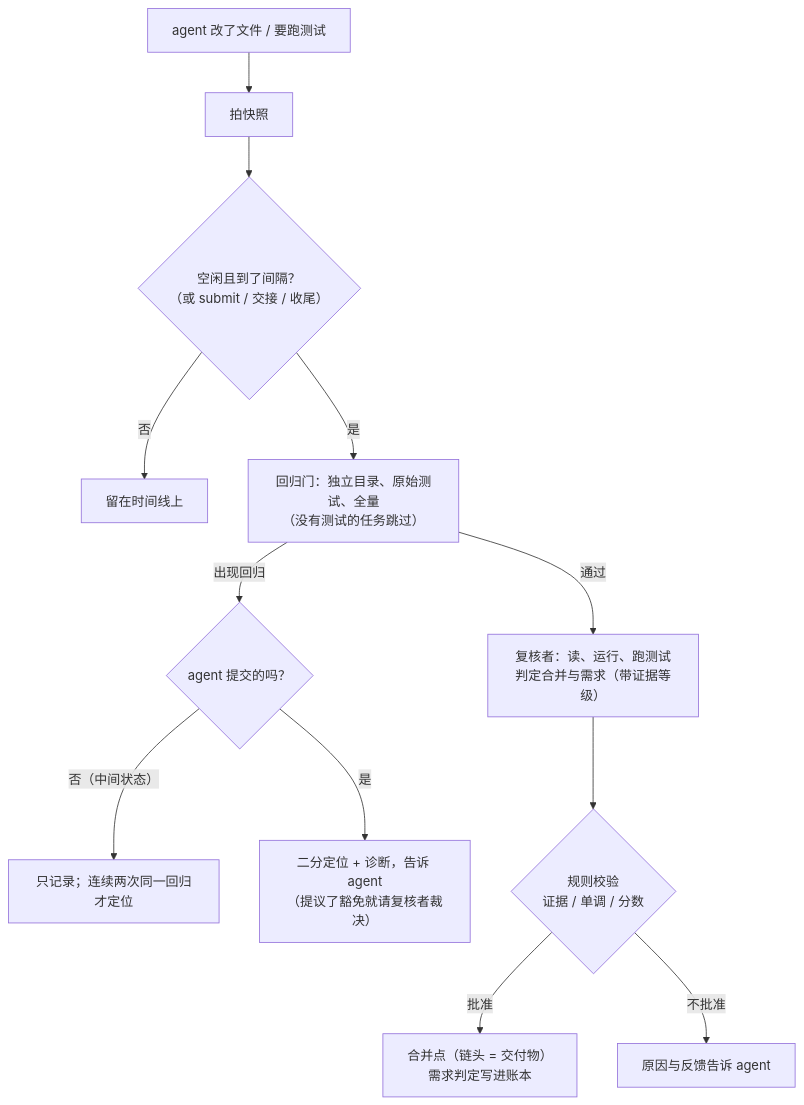
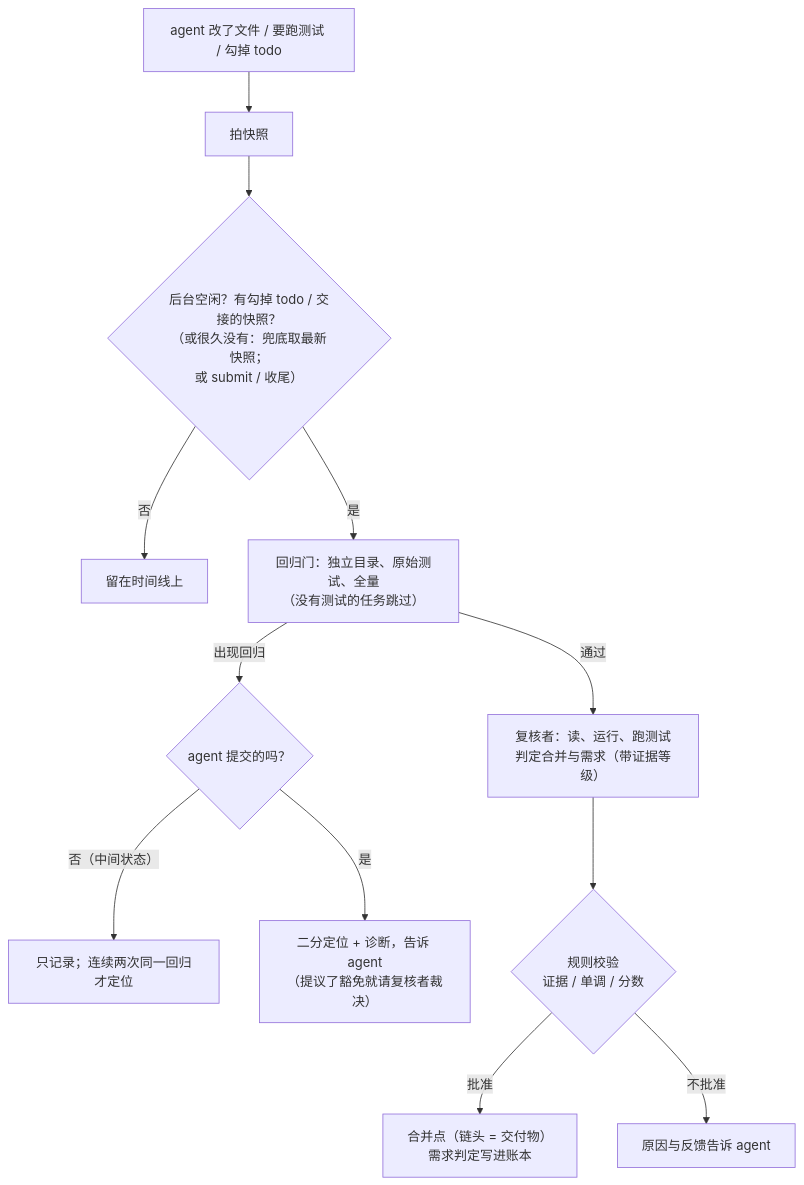
The second of 4 diagrams in README.md (jyh21377063/belay), drawn with Mermaid before and after one commit. The commit also changed other lines of this file and 9 other files, not shown here.

````diff
--- a/README.md
+++ b/README.md
@@ -99,14 +99,14 @@
 ```mermaid
 flowchart TD
-  A["agent 改了文件 / 要跑测试"] --> B["拍快照"]
-  B --> C{"空闲且到了间隔？<br/>（或 submit / 交接 / 收尾）"}
+  A["agent 改了文件 / 要跑测试 / 勾掉 todo"] --> B["拍快照"]
+  B --> C{"后台空闲？有勾掉 todo / 交接的快照？<br/>（或很久没有：兜底取最新快照；<br/>或 submit / 收尾）"}
   C -- "否" --> T["留在时间线上"]
   C -- "是" --> D["回归门：独立目录、原始测试、全量<br/>（没有测试的任务跳过）"]
   D -- "出现回归" --> I{"agent 提交的吗？"}
   I -- "否（中间状态）" --> J["只记录；连续两次同一回归才定位"]
   I -- "是" --> K["二分定位 + 诊断，告诉 agent<br/>（提议了豁免就请复核者裁决）"]
   D -- "通过" --> V["复核者：读、运行、跑测试<br/>判定合并与需求（带证据等级）"]
   V --> R{"规则校验<br/>证据 / 单调 / 分数"}
   R -- "批准" --> M["合并点（链头 = 交付物）<br/>需求判定写进账本"]
   R -- "不批准" --> N["原因与反馈告诉 agent"]
 ```
````
